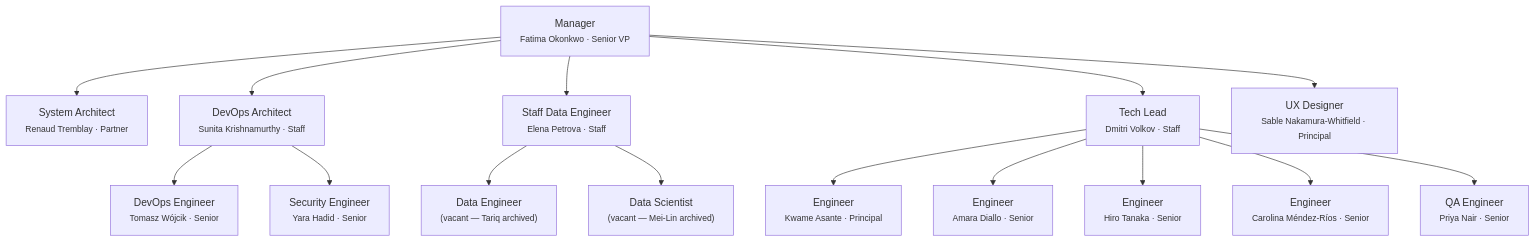
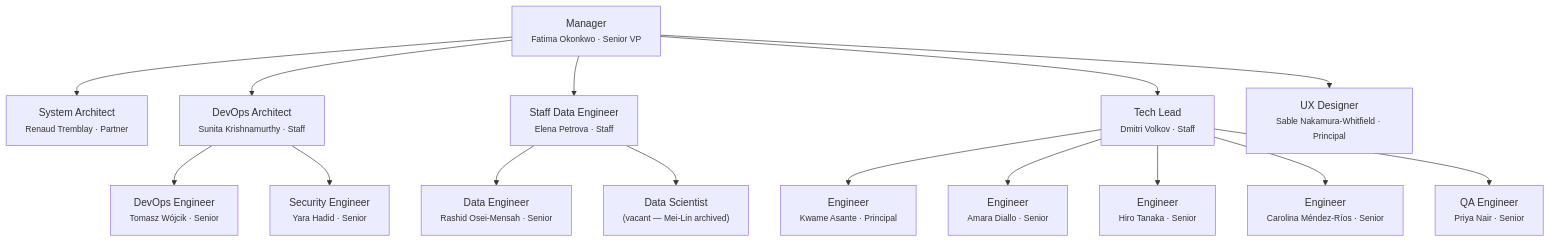
The diagram in .claude/team/charter.md (noorinalabs/isnad-graph), drawn with Mermaid before and after one commit. The commit also changed 3 other files, not shown here.

First line of the commit message:
chore(team): Phase 12 setup — hire Rashid Osei-Mensah, update roster and org chart

````diff
--- a/.claude/team/charter.md
+++ b/.claude/team/charter.md
@@ -120,23 +120,23 @@
 ```mermaid
 graph TD
     MGR["Manager<br/><small>Fatima Okonkwo · Senior VP</small>"]
 
     MGR --> SA["System Architect<br/><small>Renaud Tremblay · Partner</small>"]
     MGR --> DA["DevOps Architect<br/><small>Sunita Krishnamurthy · Staff</small>"]
     MGR --> DE_LEAD["Staff Data Engineer<br/><small>Elena Petrova · Staff</small>"]
     MGR --> TL["Tech Lead<br/><small>Dmitri Volkov · Staff</small>"]
 
     DA --> DEVOPS["DevOps Engineer<br/><small>Tomasz Wójcik · Senior</small>"]
     DA --> SEC["Security Engineer<br/><small>Yara Hadid · Senior</small>"]
 
-    DE_LEAD --> D1["Data Engineer<br/><small>(vacant — Tariq archived)</small>"]
+    DE_LEAD --> D1["Data Engineer<br/><small>Rashid Osei-Mensah · Senior</small>"]
     DE_LEAD --> D2["Data Scientist<br/><small>(vacant — Mei-Lin archived)</small>"]
 
     TL --> E1["Engineer<br/><small>Kwame Asante · Principal</small>"]
     TL --> E2["Engineer<br/><small>Amara Diallo · Senior</small>"]
     TL --> E3["Engineer<br/><small>Hiro Tanaka · Senior</small>"]
     TL --> E4["Engineer<br/><small>Carolina Méndez-Ríos · Senior</small>"]
     TL --> QA["QA Engineer<br/><small>Priya Nair · Senior</small>"]
 
     MGR --> UX["UX Designer<br/><small>Sable Nakamura-Whitfield · Principal</small>"]
 ```
````
